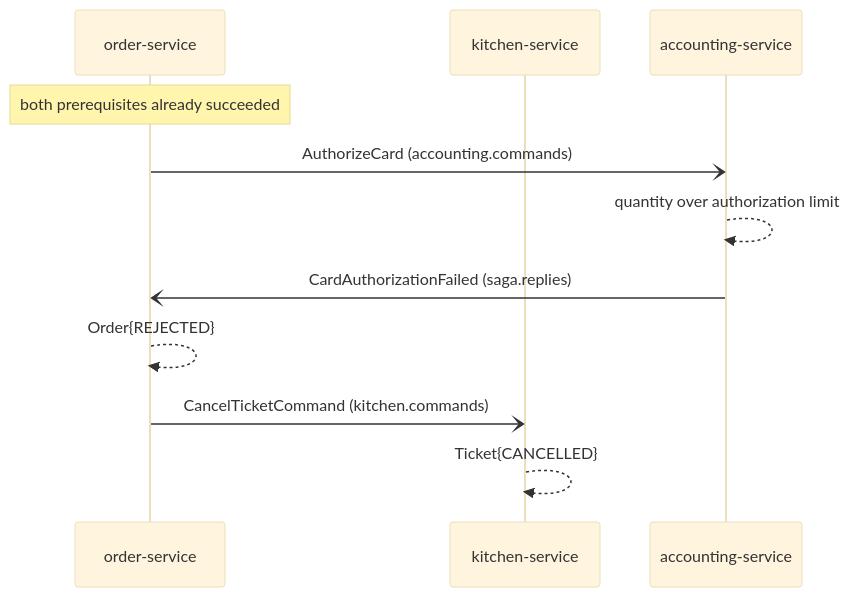
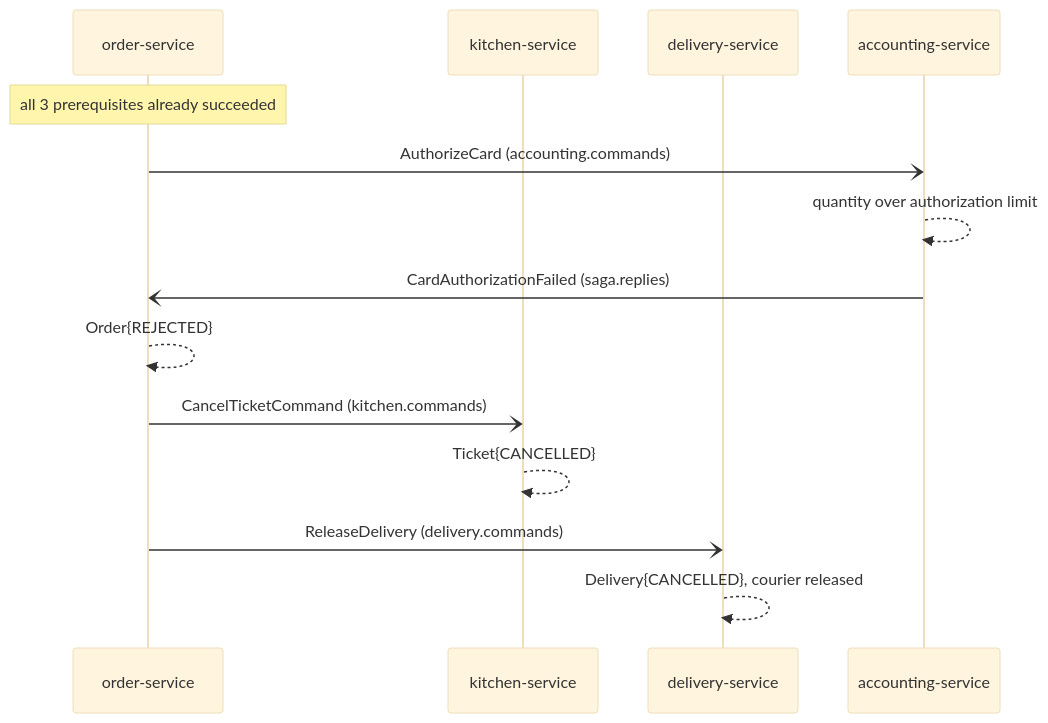
The ninth of 22 diagrams in docs/ARCHITECTURE.md (sanjaykpradhan10/my-food-to-go-app), drawn with Mermaid (base theme) before and after one commit. The commit also changed other lines of this file and 5 other files, not shown here.

Commit message:
docs: document Delivery aggregate and saga participation across all touched services

````diff
--- a/docs/ARCHITECTURE.md
+++ b/docs/ARCHITECTURE.md
@@ -236,14 +302,17 @@
 ```mermaid
 sequenceDiagram
     participant O as order-service
     participant K as kitchen-service
+    participant D as delivery-service
     participant A as accounting-service
 
-    Note over O: both prerequisites already succeeded
+    Note over O: all 3 prerequisites already succeeded
     O-)A: AuthorizeCard (accounting.commands)
     A-->>A: quantity over authorization limit
     A-)O: CardAuthorizationFailed (saga.replies)
     O-->>O: Order{REJECTED}
     O-)K: CancelTicketCommand (kitchen.commands)
     K-->>K: Ticket{CANCELLED}
+    O-)D: ReleaseDelivery (delivery.commands)
+    D-->>D: Delivery{CANCELLED}, courier released
 ```
````
